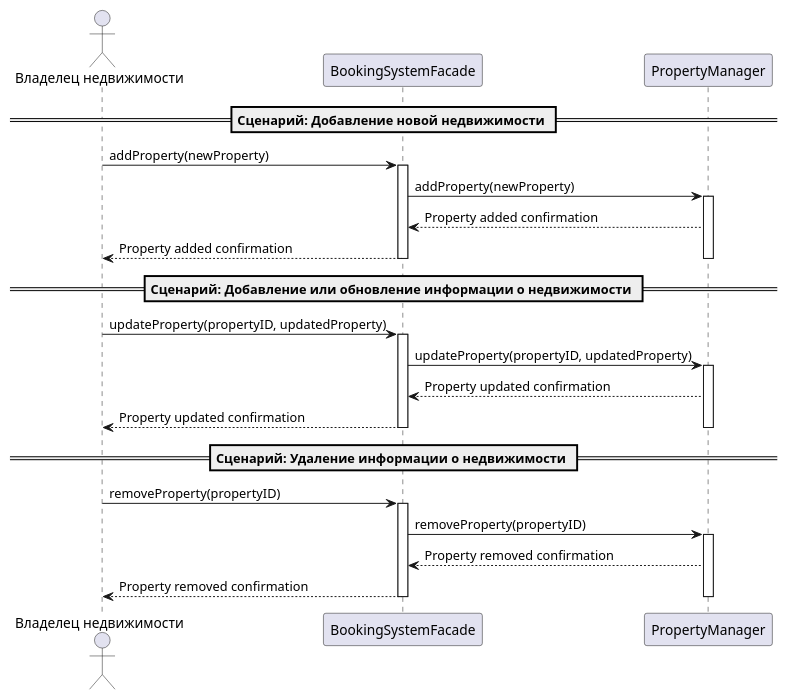
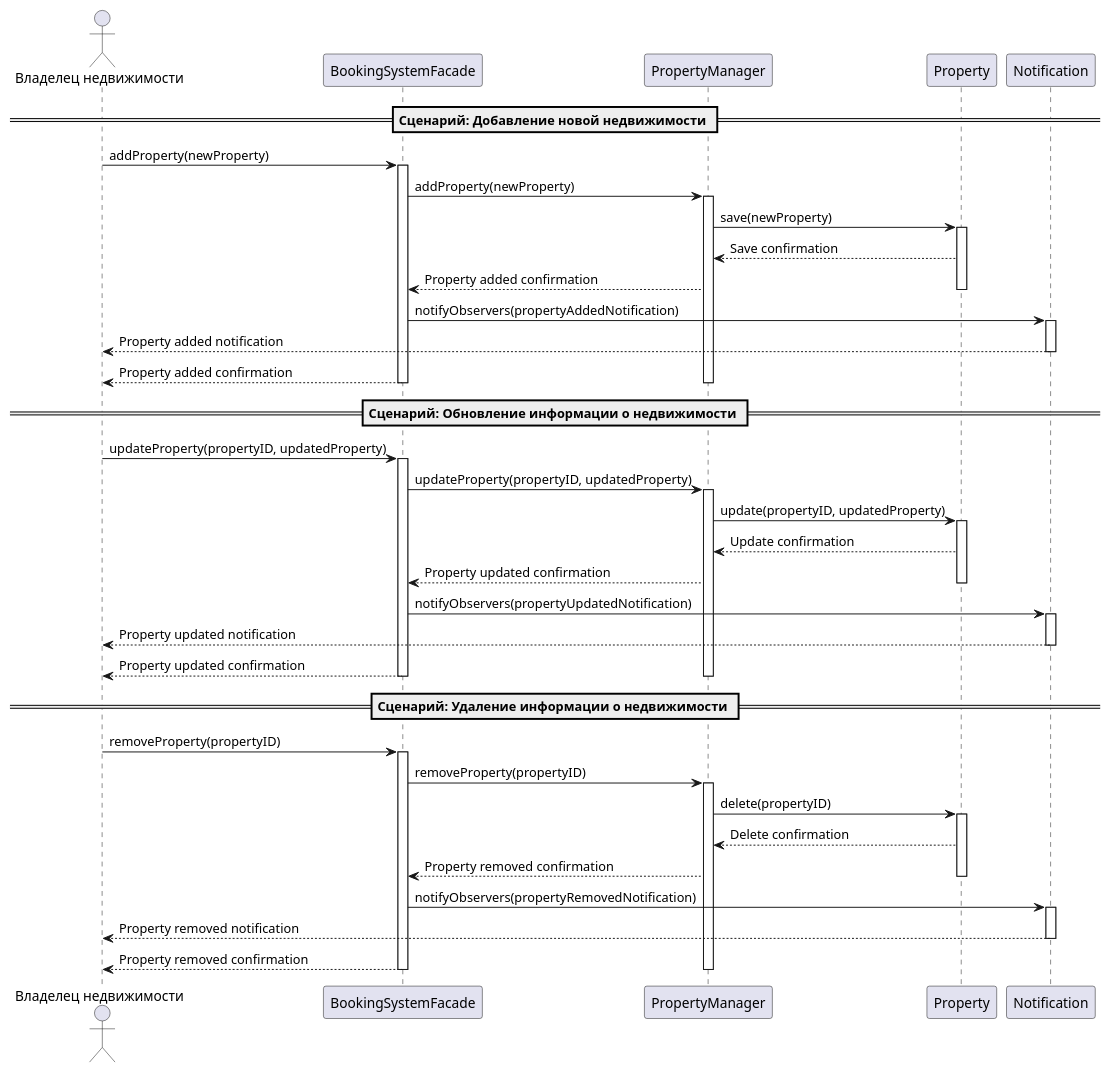
The diagram in precedents/HousingPublication/HousingPublicationSeqDiagram.md (penamarth/bsbo-01-22_team4_var8), drawn with PlantUML before and after one commit. The commit also changed 3 other files, not shown here.

````diff
--- a/precedents/HousingPublication/HousingPublicationSeqDiagram.md
+++ b/precedents/HousingPublication/HousingPublicationSeqDiagram.md
@@ -2,45 +2,71 @@
 ```plantuml
 @startuml
 
 actor "Владелец недвижимости" as Owner
 participant "BookingSystemFacade" as Facade
 participant "PropertyManager" as Manager
+participant "Property" as Property
+participant "Notification" as Notification
 
 == Сценарий: Добавление новой недвижимости ==
 
 Owner -> Facade : addProperty(newProperty)
 activate Facade
 Facade -> Manager : addProperty(newProperty)
 activate Manager
+Manager -> Property : save(newProperty)
+activate Property
+Property --> Manager : Save confirmation
 Manager --> Facade : Property added confirmation
+deactivate Property
+Facade -> Notification : notifyObservers(propertyAddedNotification)
+activate Notification
+Notification --> Owner : Property added notification
+deactivate Notification
 Facade --> Owner : Property added confirmation
 
 deactivate Manager
 deactivate Facade
 
-== Сценарий: Добавление или обновление информации о недвижимости ==
+== Сценарий: Обновление информации о недвижимости ==
 
 Owner -> Facade : updateProperty(propertyID, updatedProperty)
 activate Facade
 Facade -> Manager : updateProperty(propertyID, updatedProperty)
 activate Manager
+Manager -> Property : update(propertyID, updatedProperty)
+activate Property
+Property --> Manager : Update confirmation
 Manager --> Facade : Property updated confirmation
+deactivate Property
+Facade -> Notification : notifyObservers(propertyUpdatedNotification)
+activate Notification
+Notification --> Owner : Property updated notification
+deactivate Notification
 Facade --> Owner : Property updated confirmation
 
 deactivate Manager
 deactivate Facade
 
 == Сценарий: Удаление информации о недвижимости ==
 
 Owner -> Facade : removeProperty(propertyID)
 activate Facade
 Facade -> Manager : removeProperty(propertyID)
 activate Manager
+Manager -> Property : delete(propertyID)
+activate Property
+Property --> Manager : Delete confirmation
 Manager --> Facade : Property removed confirmation
+deactivate Property
+Facade -> Notification : notifyObservers(propertyRemovedNotification)
+activate Notification
+Notification --> Owner : Property removed notification
+deactivate Notification
 Facade --> Owner : Property removed confirmation
 
 deactivate Manager
 deactivate Facade
 
 @enduml
 ```
````
